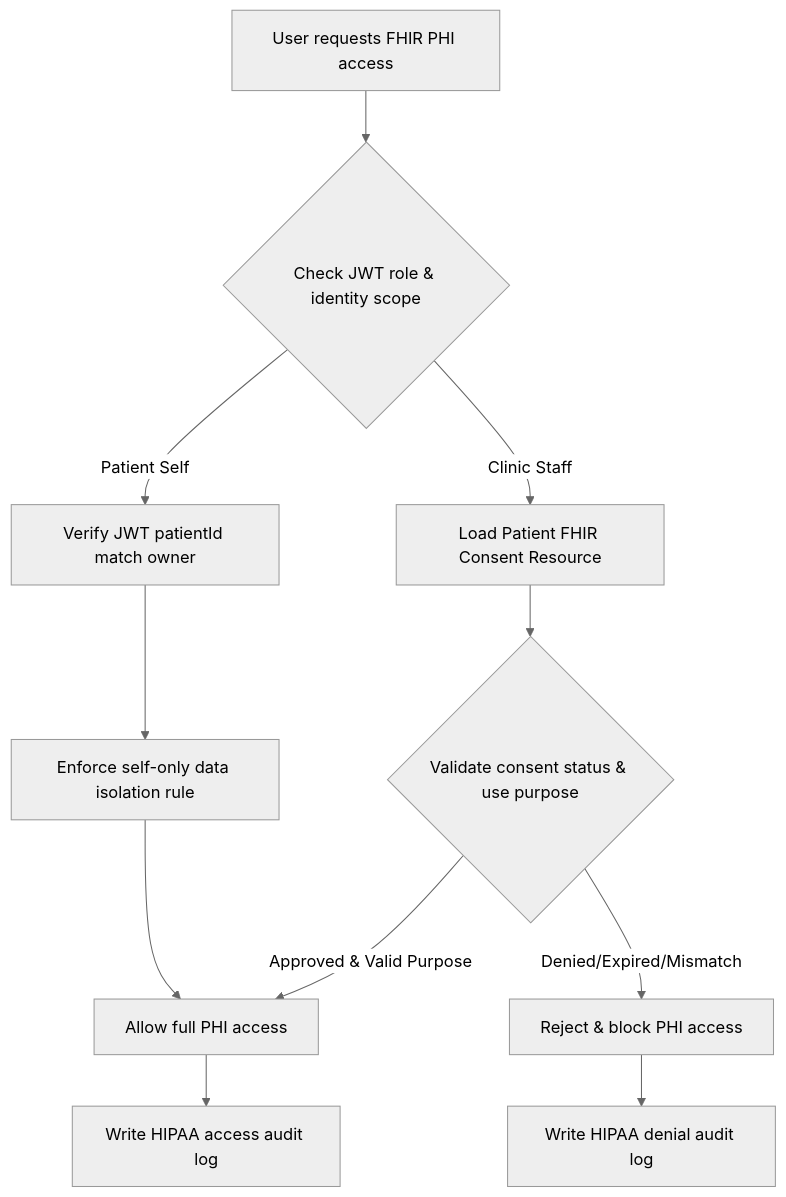
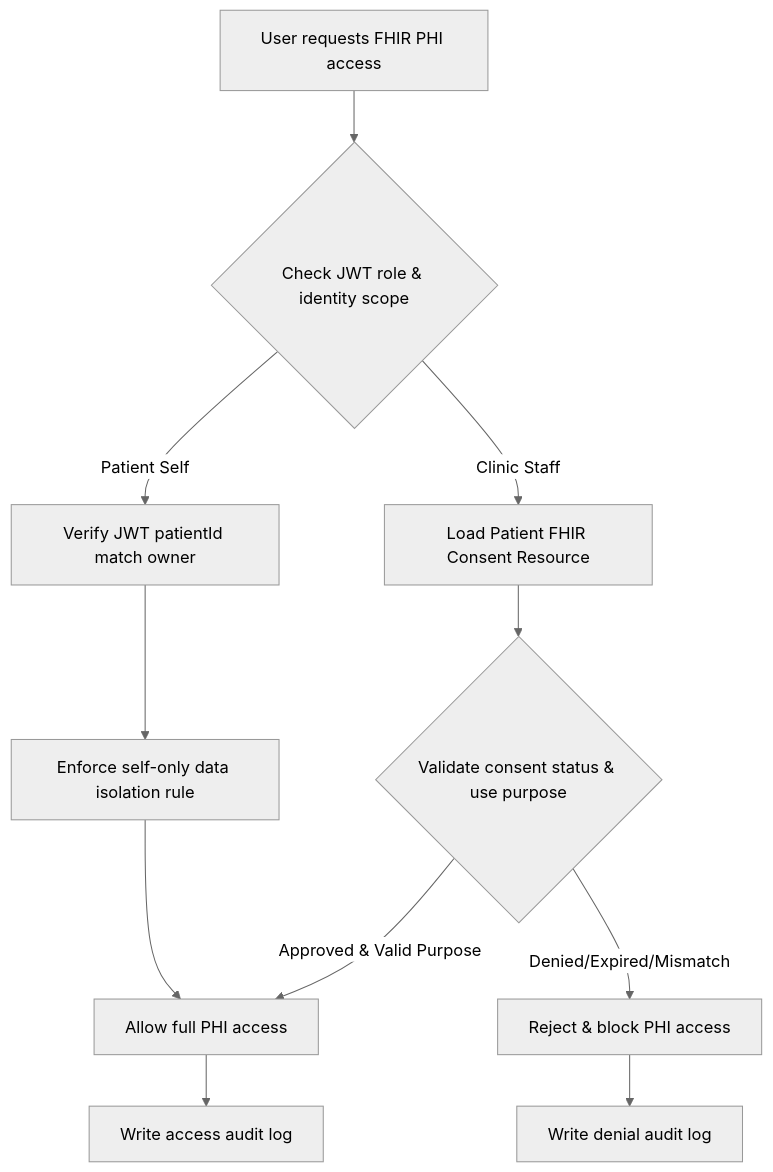
Before and after one commit to memoryfraction/HealthData-Interoperability-Csharp: the second of 2 diagrams in README.md, drawn with Mermaid (neutral theme). The commit also changed other lines of this file and 18 other files, not shown here.

````diff
--- a/README.md
+++ b/README.md
@@ -104,19 +197,19 @@
 ```mermaid
-flowchart TD 
-A["User requests FHIR PHI access"] 
-B{"Check JWT role & identity scope"} 
+flowchart TD
+A["User requests FHIR PHI access"]
+B{"Check JWT role & identity scope"}
 
-A --> B 
-B -->|Clinic Staff| C["Load Patient FHIR Consent Resource"] 
-B -->|Patient Self| Z["Verify JWT patientId match owner"] 
+A --> B
+B -->|Clinic Staff| C["Load Patient FHIR Consent Resource"]
+B -->|Patient Self| Z["Verify JWT patientId match owner"]
 
-C --> D{"Validate consent status & use purpose"} 
-D -->|Approved & Valid Purpose| E["Allow full PHI access"] 
-D -->|Denied/Expired/Mismatch| F["Reject & block PHI access"] 
+C --> D{"Validate consent status & use purpose"}
+D -->|Approved & Valid Purpose| E["Allow full PHI access"]
+D -->|Denied/Expired/Mismatch| F["Reject & block PHI access"]
 
-E --> G["Write HIPAA access audit log"] 
-F --> H["Write HIPAA denial audit log"] 
+E --> G["Write access audit log"]
+F --> H["Write denial audit log"]
 
-Z --> I["Enforce self-only data isolation rule"] 
+Z --> I["Enforce self-only data isolation rule"]
 I --> E
 ```
````
